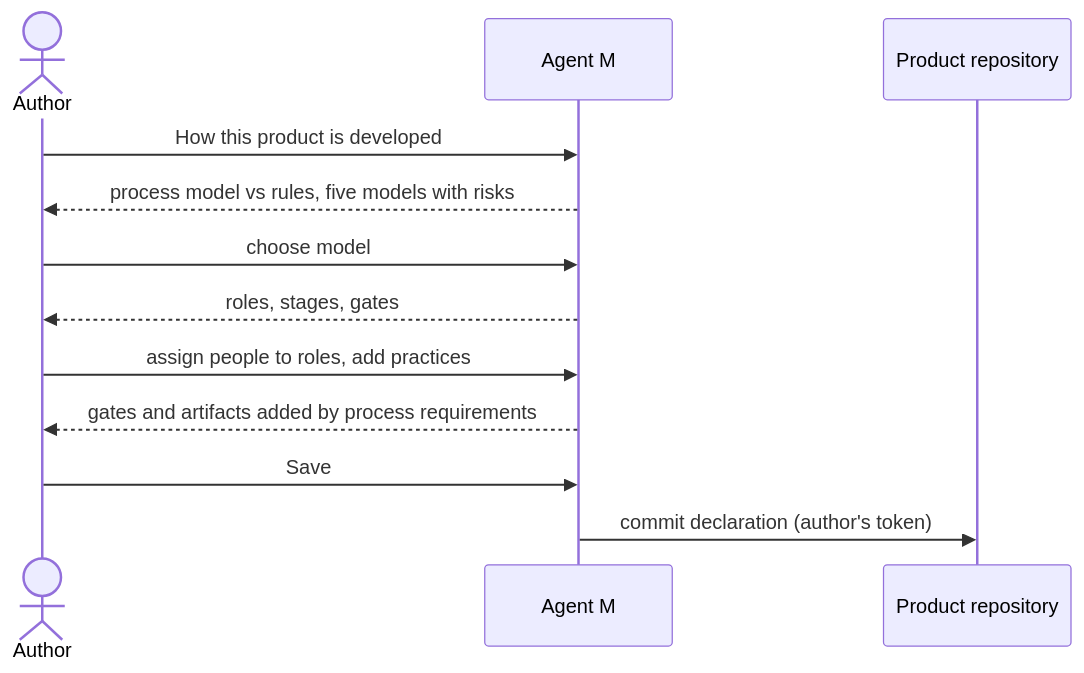
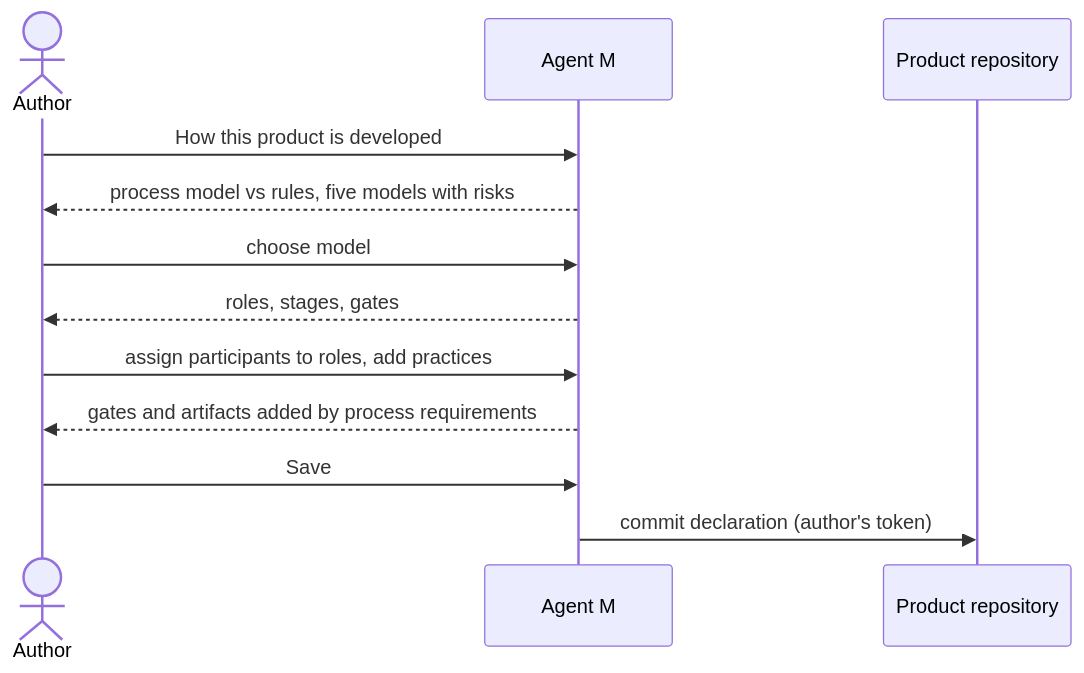
One commit to akmaier/agent-m changed the diagram in docs/use-cases/UC-002-choose-a-process-model.md. Above: the diagram before and after it, drawn with Mermaid. The commit also changed other lines of this file and 2 other files, not shown here.

First line of the commit message:
docs(use-cases): participants — people and agents configured once (UC-017), assigned by role (UC-002)

````diff
--- a/docs/use-cases/UC-002-choose-a-process-model.md
+++ b/docs/use-cases/UC-002-choose-a-process-model.md
@@ -71,14 +78,14 @@
 ```mermaid
 sequenceDiagram
     actor A as Author
     participant M as Agent M
     participant G as Product repository
     A->>M: How this product is developed
     M-->>A: process model vs rules, five models with risks
     A->>M: choose model
     M-->>A: roles, stages, gates
-    A->>M: assign people to roles, add practices
+    A->>M: assign participants to roles, add practices
     M-->>A: gates and artifacts added by process requirements
     A->>M: Save
     M->>G: commit declaration (author's token)
 ```
````
